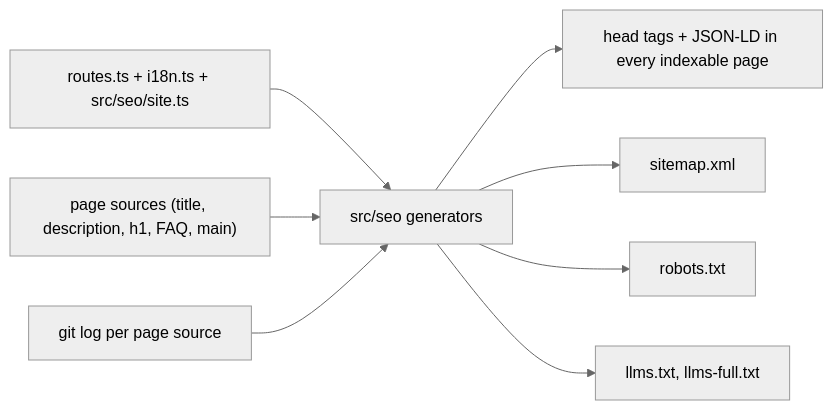
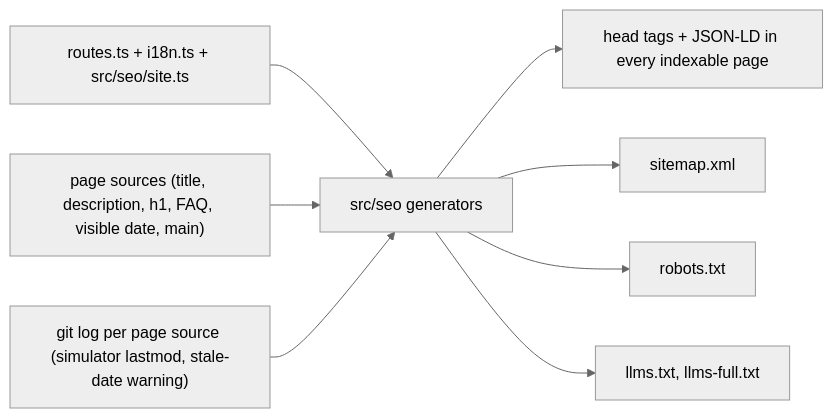
Before and after one commit to VinylStage/trex_vs_tiger_sim: the second of 2 diagrams in docs/SEO.md, drawn with Mermaid (neutral theme). The commit also changed other lines of this file and 34 other files, not shown here.

````diff
--- a/docs/SEO.md
+++ b/docs/SEO.md
@@ -119,10 +124,10 @@
 ```mermaid
 flowchart LR
   reg["routes.ts + i18n.ts + src/seo/site.ts"] --> gen["src/seo generators"]
-  html["page sources (title, description, h1, FAQ, main)"] --> gen
-  git["git log per page source"] --> gen
+  html["page sources (title, description, h1, FAQ, visible date, main)"] --> gen
+  git["git log per page source (simulator lastmod, stale-date warning)"] --> gen
   gen --> head["head tags + JSON-LD in every indexable page"]
   gen --> sm["sitemap.xml"]
   gen --> rb["robots.txt"]
   gen --> ll["llms.txt, llms-full.txt"]
 ```
````
